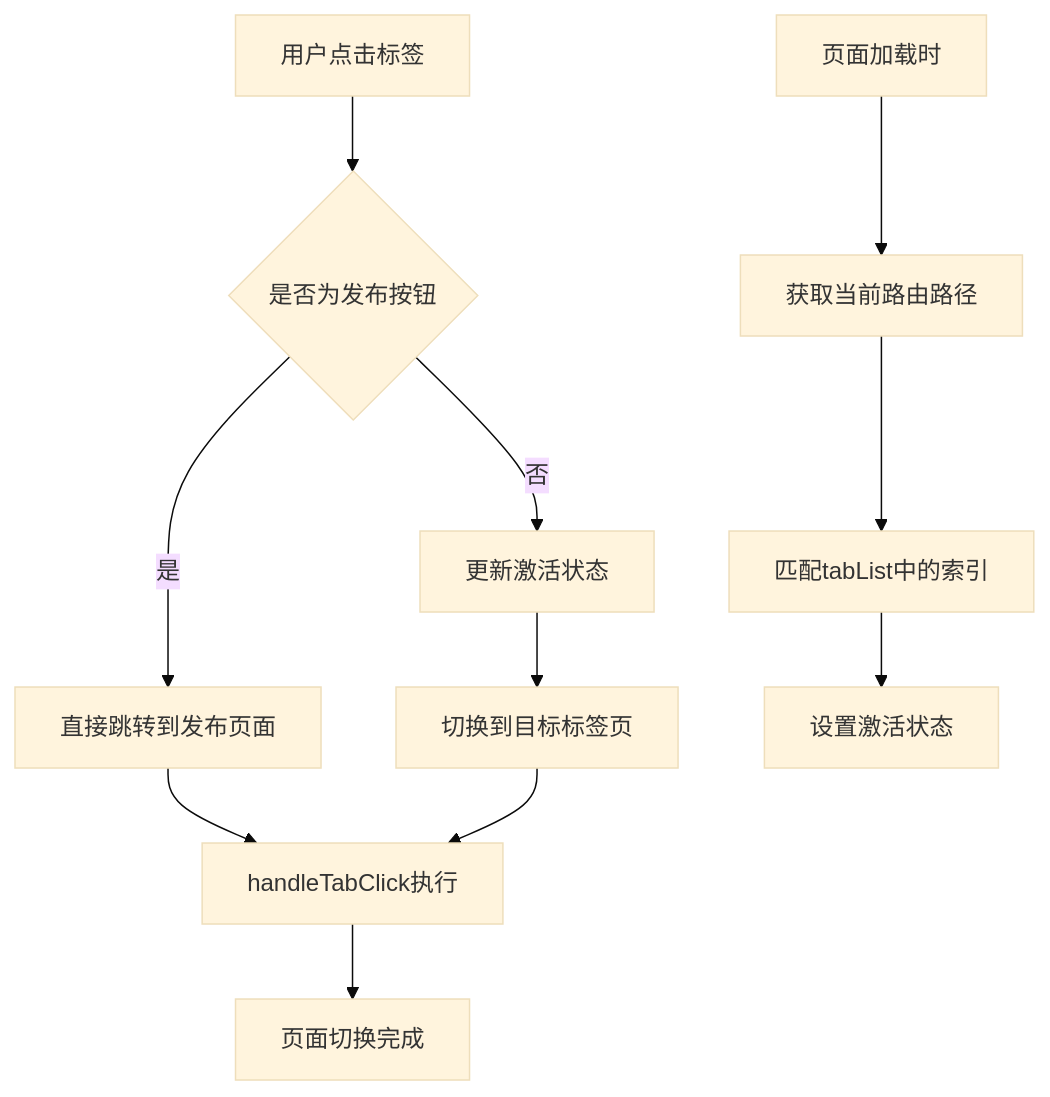
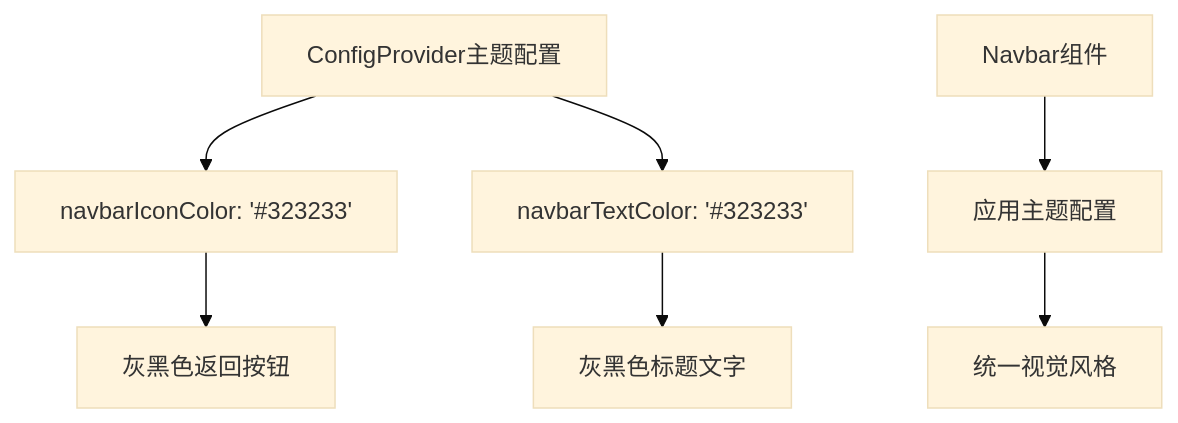
The fifth of 8 diagrams in .qoder/repowiki/zh/content/UI组件库/CTNavbar跨平台导航栏组件.md (zuolinbao/redbook), drawn with Mermaid (base theme) before and after one commit. The commit also changed other lines of this file and 4 other files, not shown here.

````diff
--- a/.qoder/repowiki/zh/content/UI组件库/CTNavbar跨平台导航栏组件.md
+++ b/.qoder/repowiki/zh/content/UI组件库/CTNavbar跨平台导航栏组件.md
@@ -247,13 +222,9 @@
 ```mermaid
 flowchart TD
-A[用户点击标签] --> B{是否为发布按钮}
-B --> |是| C[直接跳转到发布页面]
-B --> |否| D[更新激活状态]
-D --> E[切换到目标标签页]
-C --> F[handleTabClick执行]
-E --> F
-F --> G[页面切换完成]
-H[页面加载时] --> I[获取当前路由路径]
-I --> J[匹配tabList中的索引]
-J --> K[设置激活状态]
+A[ConfigProvider主题配置] --> B[navbarIconColor: '#323233']
+A --> C[navbarTextColor: '#323233']
+B --> D[灰黑色返回按钮]
+C --> E[灰黑色标题文字]
+F[Navbar组件] --> G[应用主题配置]
+G --> H[统一视觉风格]
 ```
````
